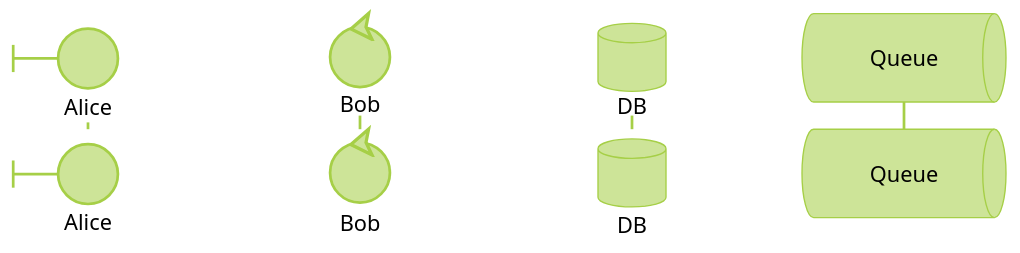
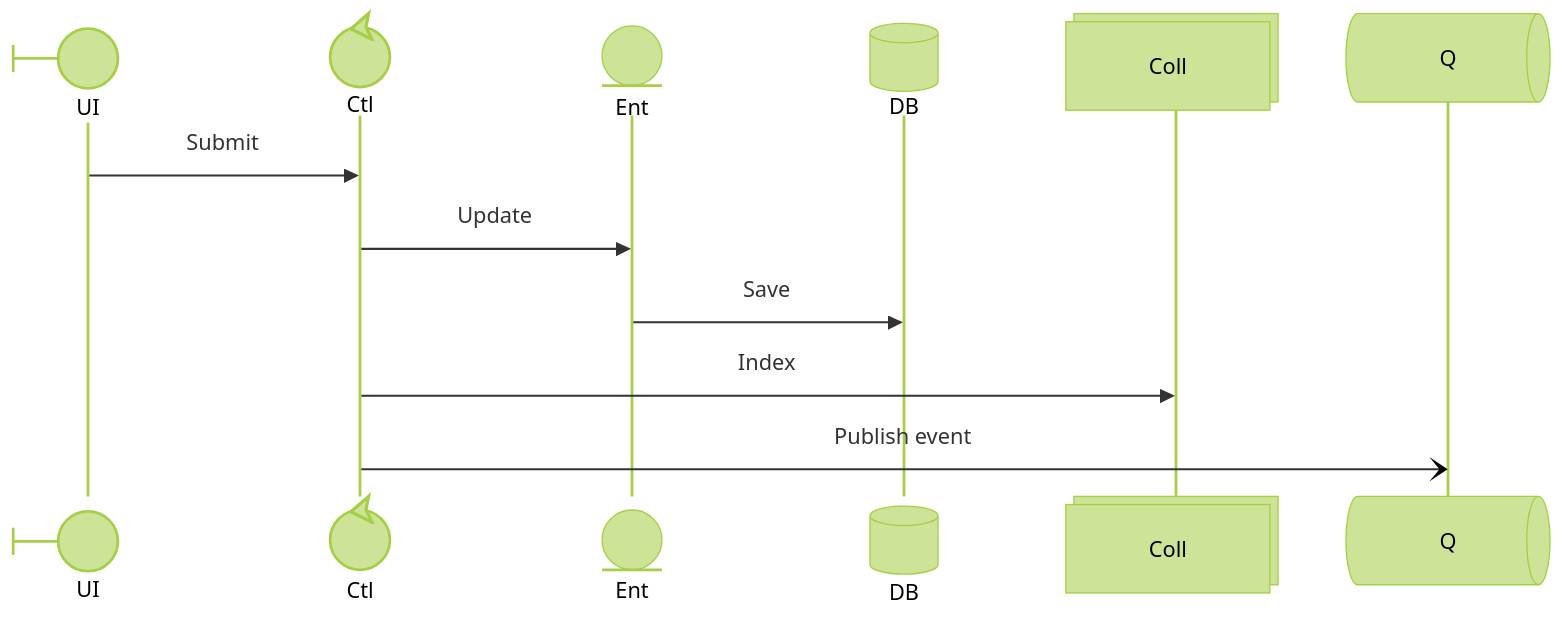
The fourth of 19 diagrams in skills/diagrammer/specs/mermaid/sequenceDiagram.md (hgrabows/diagrammer-skills), drawn with Mermaid (forest theme) before and after one commit. The commit also changed other lines of this file and 25 other files, not shown here.

First line of the commit message:
feat: support Mermaid 12 and add ten diagram types

````diff
--- a/skills/diagrammer/specs/mermaid/sequenceDiagram.md
+++ b/skills/diagrammer/specs/mermaid/sequenceDiagram.md
@@ -57,7 +78,14 @@
 ```mermaid
 sequenceDiagram
-    participant Alice@{ "type": "boundary" }     % Boundary
-    participant Bob@{ "type": "control" }       % Control
-    participant DB@{ "type": "database" }     % Database
-    participant Queue@{ "type": "queue" }      % Queue
+    participant UI@{ "type": "boundary" }
+    participant Ctl@{ "type": "control" }
+    participant Ent@{ "type": "entity" }
+    participant DB@{ "type": "database" }
+    participant Coll@{ "type": "collections" }
+    participant Q@{ "type": "queue" }
+    UI->>Ctl: Submit
+    Ctl->>Ent: Update
+    Ent->>DB: Save
+    Ctl->>Coll: Index
+    Ctl-)Q: Publish event
 ```
````
